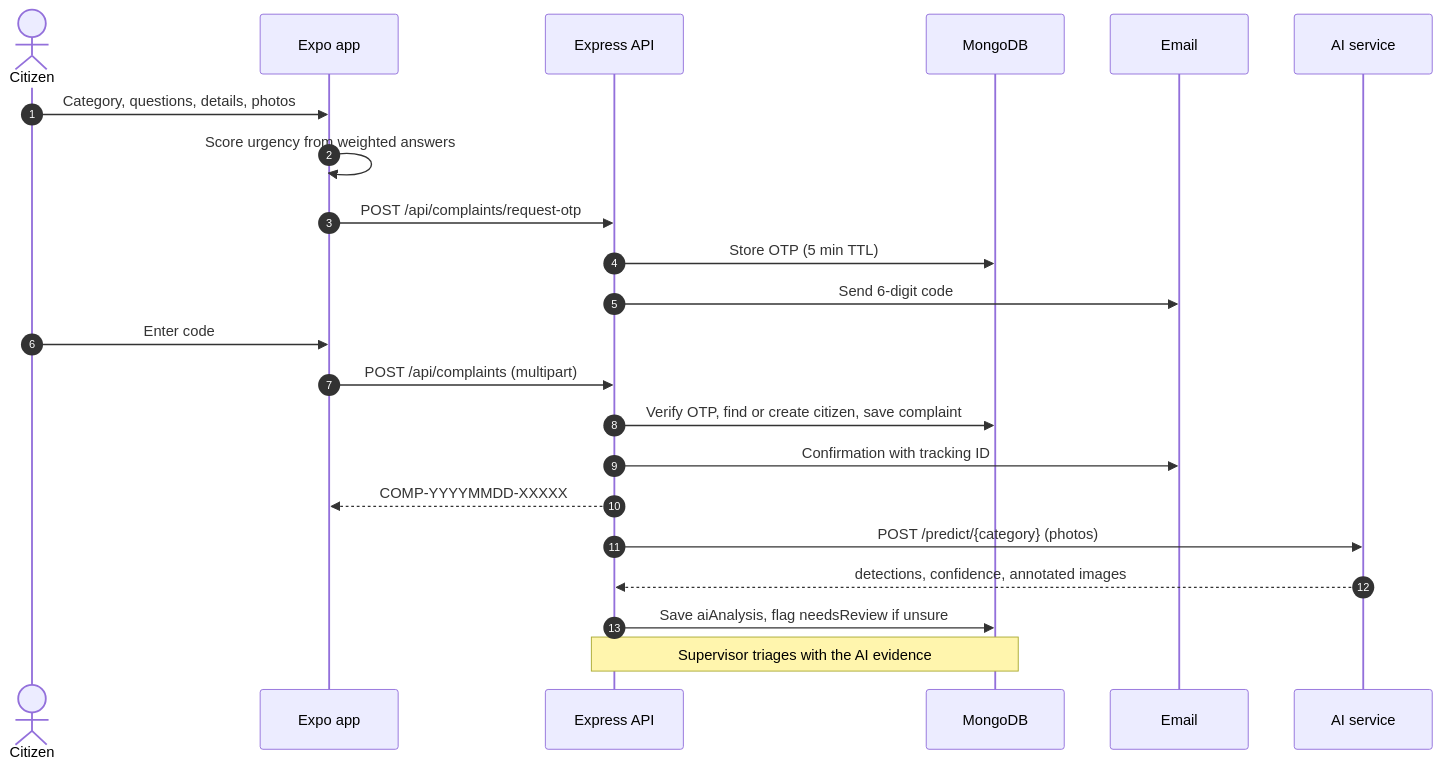
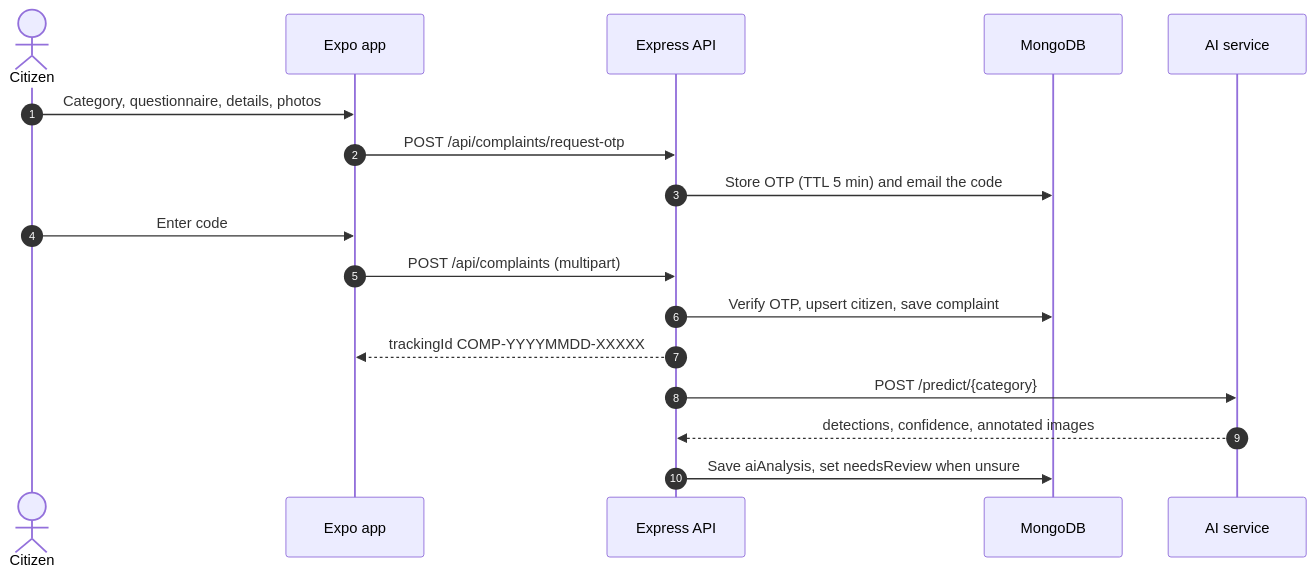
One commit to pizzaparth/urbanfix changed the second of 2 diagrams in README.md. Above: the diagram before and after it, drawn with Mermaid. The commit also changed other lines of this file, not shown here.

````diff
--- a/README.md
+++ b/README.md
@@ -206,25 +97,20 @@
 ```mermaid
 sequenceDiagram
     autonumber
     actor C as Citizen
     participant A as Expo app
     participant B as Express API
     participant M as MongoDB
-    participant E as Email
     participant AI as AI service
 
-    C->>A: Category, questions, details, photos
-    A->>A: Score urgency from weighted answers
+    C->>A: Category, questionnaire, details, photos
     A->>B: POST /api/complaints/request-otp
-    B->>M: Store OTP (5 min TTL)
-    B->>E: Send 6-digit code
+    B->>M: Store OTP (TTL 5 min) and email the code
     C->>A: Enter code
     A->>B: POST /api/complaints (multipart)
-    B->>M: Verify OTP, find or create citizen, save complaint
-    B->>E: Confirmation with tracking ID
-    B-->>A: COMP-YYYYMMDD-XXXXX
-    B->>AI: POST /predict/{category} (photos)
+    B->>M: Verify OTP, upsert citizen, save complaint
+    B-->>A: trackingId COMP-YYYYMMDD-XXXXX
+    B->>AI: POST /predict/{category}
     AI-->>B: detections, confidence, annotated images
-    B->>M: Save aiAnalysis, flag needsReview if unsure
-    Note over B,M: Supervisor triages with the AI evidence
+    B->>M: Save aiAnalysis, set needsReview when unsure
 ```
````
